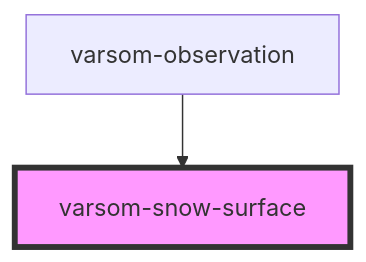
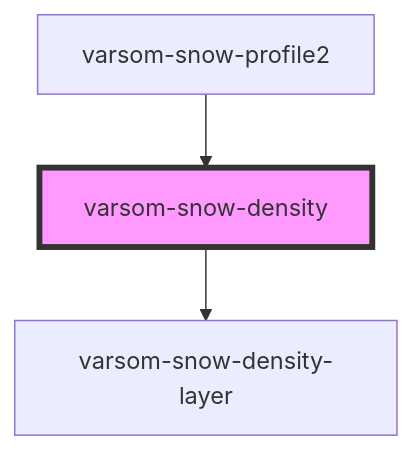
One commit to NVE/varsom-observation changed the diagram in observasjonskort/src/components/varsom-snow-density/readme.md. Above: the diagram before and after it, drawn with Mermaid. The commit also changed other lines of this file and 27 other files, not shown here.

````diff
--- a/observasjonskort/src/components/varsom-snow-density/readme.md
+++ b/observasjonskort/src/components/varsom-snow-density/readme.md
@@ -29,5 +30,6 @@
 ```mermaid
 graph TD;
-  varsom-observation --> varsom-snow-surface
-  style varsom-snow-surface fill:#f9f,stroke:#333,stroke-width:4px
+  varsom-snow-density --> varsom-snow-density-layer
+  varsom-snow-profile2 --> varsom-snow-density
+  style varsom-snow-density fill:#f9f,stroke:#333,stroke-width:4px
 ```
````
